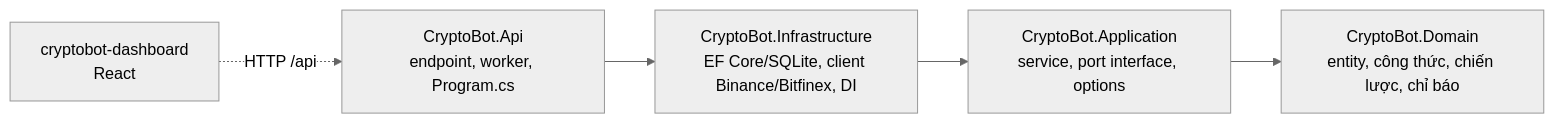
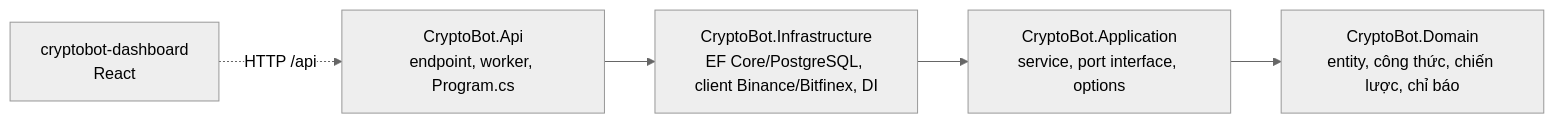
One commit to HuynhTri0811/BotTrainCoin changed the first of 3 diagrams in docs/architecture.md. Above: the diagram before and after it, drawn with Mermaid (neutral theme). The commit also changed other lines of this file and 6 other files, not shown here.

Commit message:
Document the PostgreSQL setup, pgAdmin access and data copy (#182)

````diff
--- a/docs/architecture.md
+++ b/docs/architecture.md
@@ -7,7 +7,7 @@
 ```mermaid
 flowchart LR
-    Api[CryptoBot.Api<br/>endpoint, worker, Program.cs] --> Infra[CryptoBot.Infrastructure<br/>EF Core/SQLite, client Binance/Bitfinex, DI]
+    Api[CryptoBot.Api<br/>endpoint, worker, Program.cs] --> Infra[CryptoBot.Infrastructure<br/>EF Core/PostgreSQL, client Binance/Bitfinex, DI]
     Infra --> App[CryptoBot.Application<br/>service, port interface, options]
     App --> Domain[CryptoBot.Domain<br/>entity, công thức, chiến lược, chỉ báo]
     Dash[cryptobot-dashboard<br/>React] -. HTTP /api .-> Api
 ```
````
